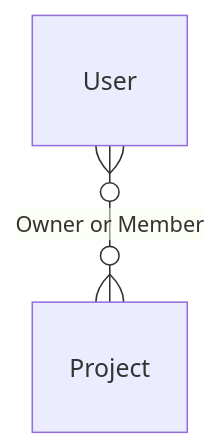
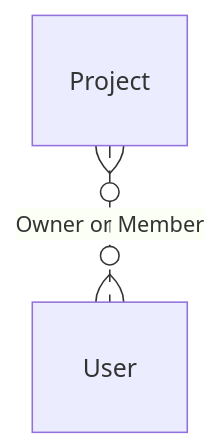
The seventh of 9 diagrams in docs/04-reading-the-diagrams.md (stacklok/modelith), drawn with Mermaid before and after one commit. The commit also changed other lines of this file and 12 other files, not shown here.

````diff
--- a/docs/04-reading-the-diagrams.md
+++ b/docs/04-reading-the-diagrams.md
@@ -95,4 +138,4 @@
 ```mermaid
 erDiagram
-    User }o--o{ Project : "Owner or Member"
+    Project }o..o{ User : "Owner or Member"
 ```
````
